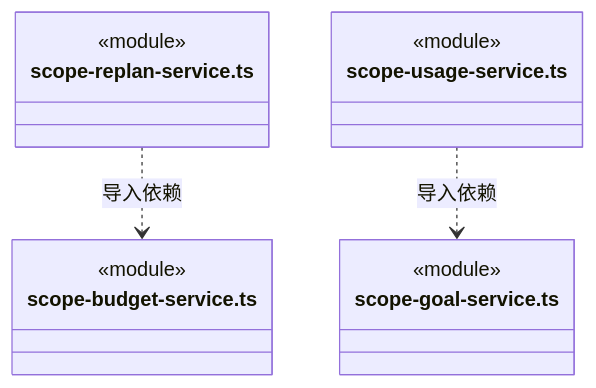
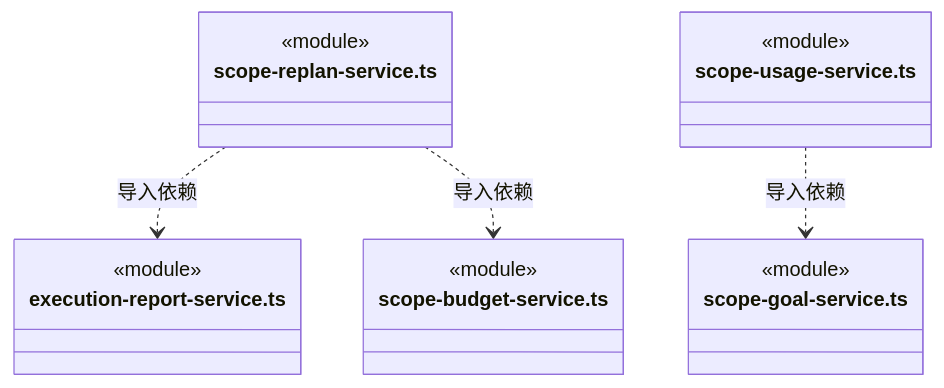
One commit to nan023062/cbim changed diagram 53 of 56 in src/backend/scheduler-engine/execution/ARCHITECTURE.md. Above: the diagram before and after it, drawn with Mermaid. The commit also changed other lines of this file and 85 other files, not shown here.

````diff
--- a/src/backend/scheduler-engine/execution/ARCHITECTURE.md
+++ b/src/backend/scheduler-engine/execution/ARCHITECTURE.md
@@ -1324,17 +1401,21 @@
 ```mermaid
 classDiagram
 class N_src_backend_scheduler_engine_execution_scope_replan_service_ts["scope-replan-service.ts"] {
+  <<module>>
+}
+class N_src_backend_scheduler_engine_execution_execution_report_service_ts["execution-report-service.ts"] {
   <<module>>
 }
 class N_src_backend_scheduler_engine_execution_scope_budget_service_ts["scope-budget-service.ts"] {
   <<module>>
 }
 class N_src_backend_scheduler_engine_execution_scope_usage_service_ts["scope-usage-service.ts"] {
   <<module>>
 }
 class N_src_backend_scheduler_engine_execution_scope_goal_service_ts["scope-goal-service.ts"] {
   <<module>>
 }
+N_src_backend_scheduler_engine_execution_scope_replan_service_ts ..> N_src_backend_scheduler_engine_execution_execution_report_service_ts : 导入依赖
 N_src_backend_scheduler_engine_execution_scope_replan_service_ts ..> N_src_backend_scheduler_engine_execution_scope_budget_service_ts : 导入依赖
 N_src_backend_scheduler_engine_execution_scope_usage_service_ts ..> N_src_backend_scheduler_engine_execution_scope_goal_service_ts : 导入依赖
 ```
````
